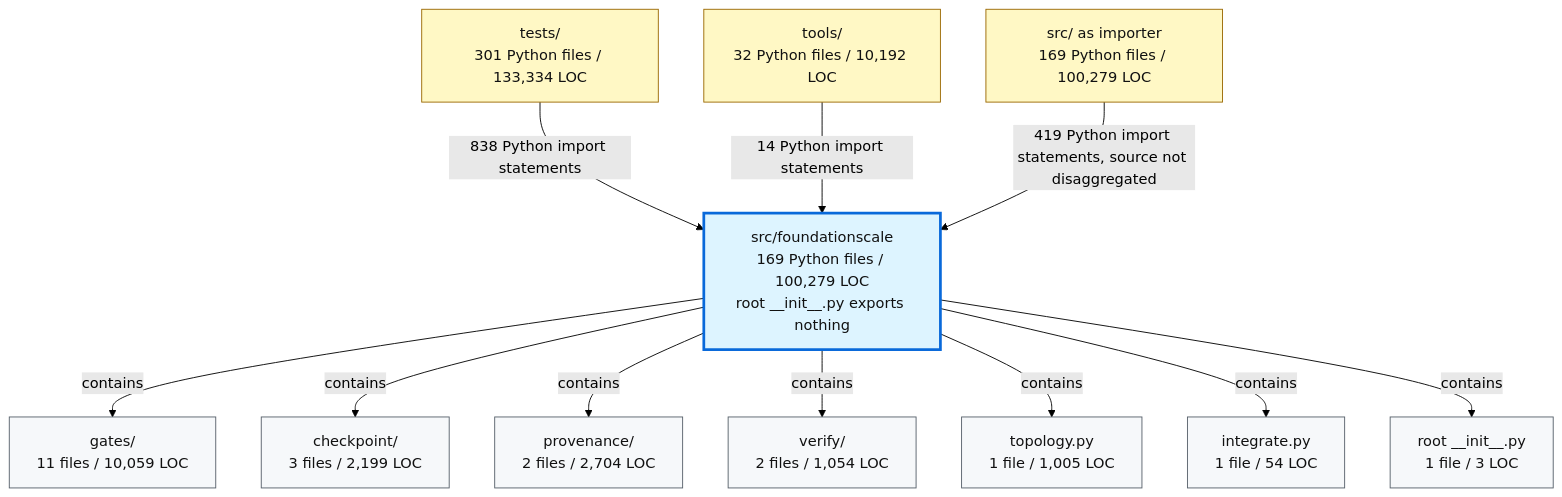
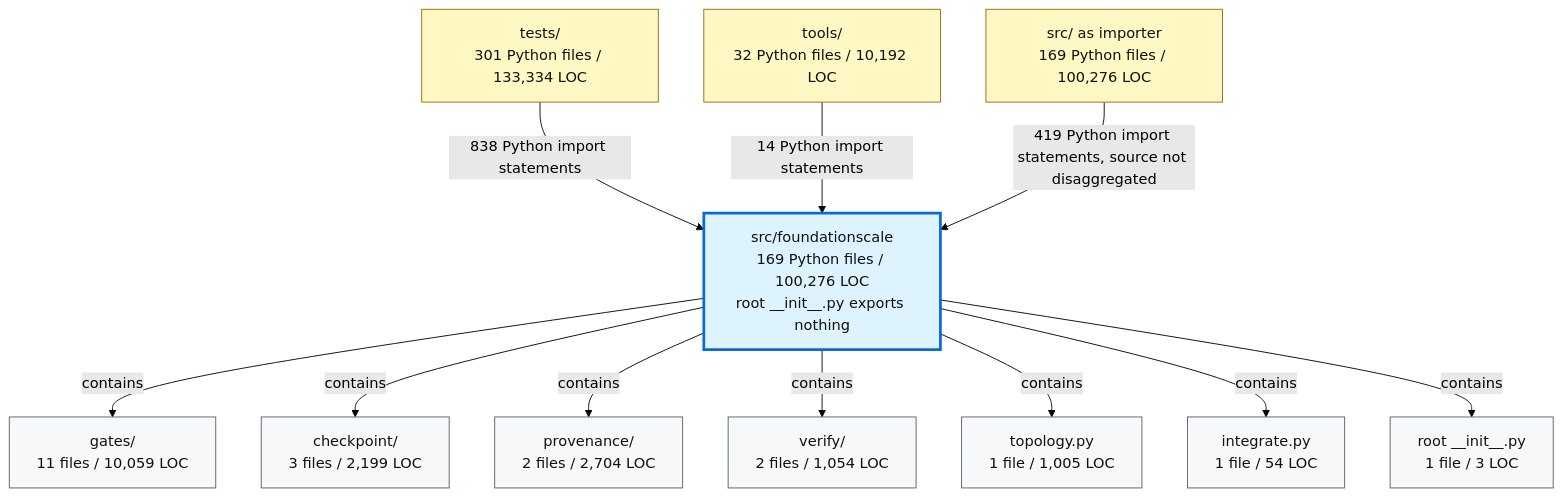
Before and after one commit to TranNhiem/FoundationScale: the second of 2 diagrams in docs/review/D2_current_architecture.md, drawn with Mermaid (forest theme). The commit also changed other lines of this file and 10 other files, not shown here.

````diff
--- a/docs/review/D2_current_architecture.md
+++ b/docs/review/D2_current_architecture.md
@@ -97,36 +97,36 @@
 ```mermaid
 flowchart TB
   TESTS["tests/<br/>301 Python files / 133,334 LOC"]
   TOOLS["tools/<br/>32 Python files / 10,192 LOC"]
-  SRC["src/ as importer<br/>169 Python files / 100,279 LOC"]
+  SRC["src/ as importer<br/>169 Python files / 100,276 LOC"]
 
-  FS["src/foundationscale<br/>169 Python files / 100,279 LOC<br/>root __init__.py exports nothing"]
+  FS["src/foundationscale<br/>169 Python files / 100,276 LOC<br/>root __init__.py exports nothing"]
 
   GATES["gates/<br/>11 files / 10,059 LOC"]
   CKPT["checkpoint/<br/>3 files / 2,199 LOC"]
   PROV["provenance/<br/>2 files / 2,704 LOC"]
   VERIFY["verify/<br/>2 files / 1,054 LOC"]
   TOPO["topology.py<br/>1 file / 1,005 LOC"]
   INTEG["integrate.py<br/>1 file / 54 LOC"]
   ROOT["root __init__.py<br/>1 file / 3 LOC"]
 
   TESTS -->|"838 Python import statements"| FS
   TOOLS -->|"14 Python import statements"| FS
   SRC -->|"419 Python import statements, source not disaggregated"| FS
 
   FS -->|"contains"| GATES
   FS -->|"contains"| CKPT
   FS -->|"contains"| PROV
   FS -->|"contains"| VERIFY
   FS -->|"contains"| TOPO
   FS -->|"contains"| INTEG
   FS -->|"contains"| ROOT
 
   classDef consumer fill:#fff8c5,stroke:#9a6700,color:#111;
   classDef package fill:#ddf4ff,stroke:#0969da,stroke-width:3px,color:#111;
   classDef module fill:#f6f8fa,stroke:#57606a,color:#111;
 
   class TESTS,TOOLS,SRC consumer;
   class FS package;
   class GATES,CKPT,PROV,VERIFY,TOPO,INTEG,ROOT module;
 ```
````
